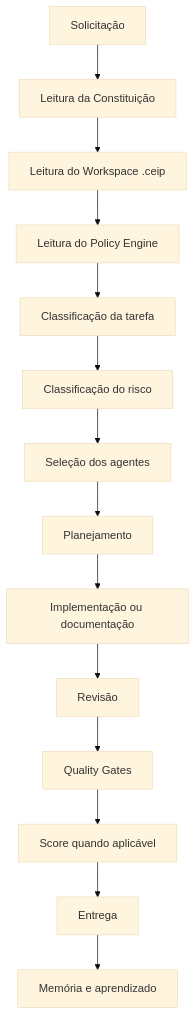
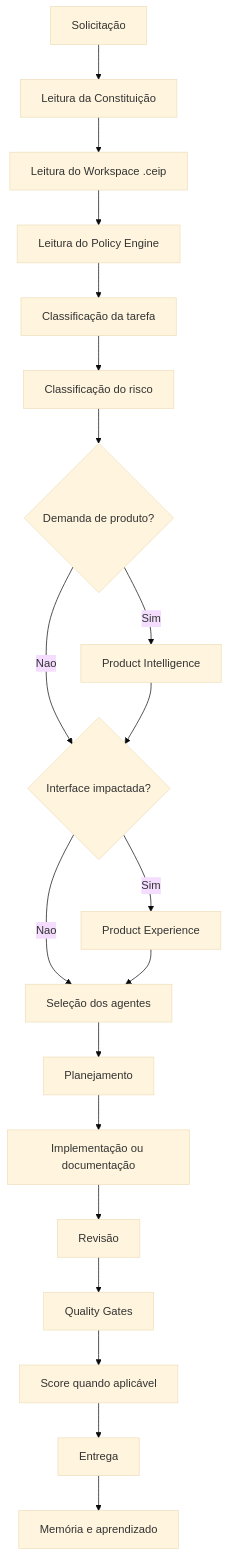
The diagram in MANUAL_DE_USO.md (thyags/method-ceip), drawn with Mermaid (base theme) before and after one commit. The commit also changed other lines of this file and 130 other files, not shown here.

Commit message:
Add product experience system to CEIP

````diff
--- a/MANUAL_DE_USO.md
+++ b/MANUAL_DE_USO.md
@@ -258,16 +267,22 @@
 ```mermaid
 flowchart TD
     A["Solicitação"] --> B["Leitura da Constituição"]
     B --> B2["Leitura do Workspace .ceip"]
     B2 --> C["Leitura do Policy Engine"]
     C --> D["Classificação da tarefa"]
     D --> E["Classificação do risco"]
-    E --> F["Seleção dos agentes"]
-    F --> G["Planejamento"]
-    G --> H["Implementação ou documentação"]
-    H --> I["Revisão"]
-    I --> J["Quality Gates"]
-    J --> K["Score quando aplicável"]
-    K --> L["Entrega"]
-    L --> M["Memória e aprendizado"]
+    E --> F{"Demanda de produto?"}
+    F -->|Sim| G["Product Intelligence"]
+    F -->|Nao| H{"Interface impactada?"}
+    G --> H
+    H -->|Sim| I["Product Experience"]
+    H -->|Nao| J["Seleção dos agentes"]
+    I --> J
+    J --> K["Planejamento"]
+    K --> L["Implementação ou documentação"]
+    L --> M["Revisão"]
+    M --> N["Quality Gates"]
+    N --> O["Score quando aplicável"]
+    O --> P["Entrega"]
+    P --> Q["Memória e aprendizado"]
 ```
````
